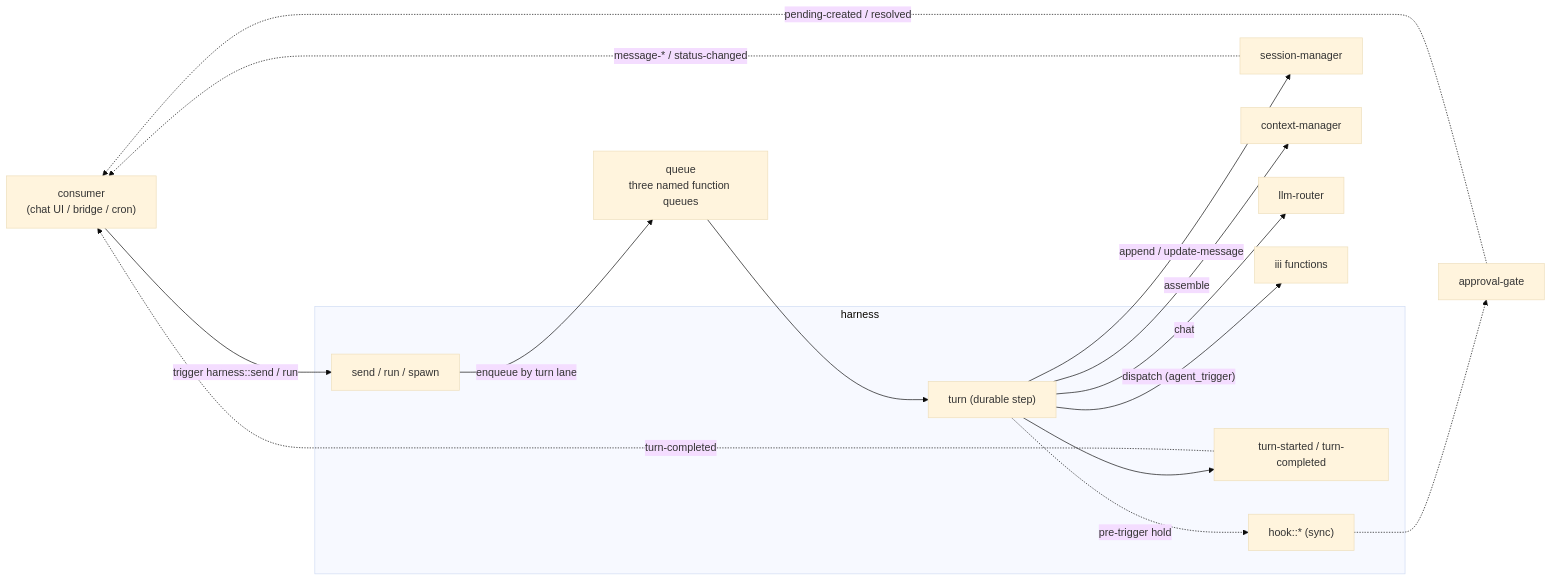
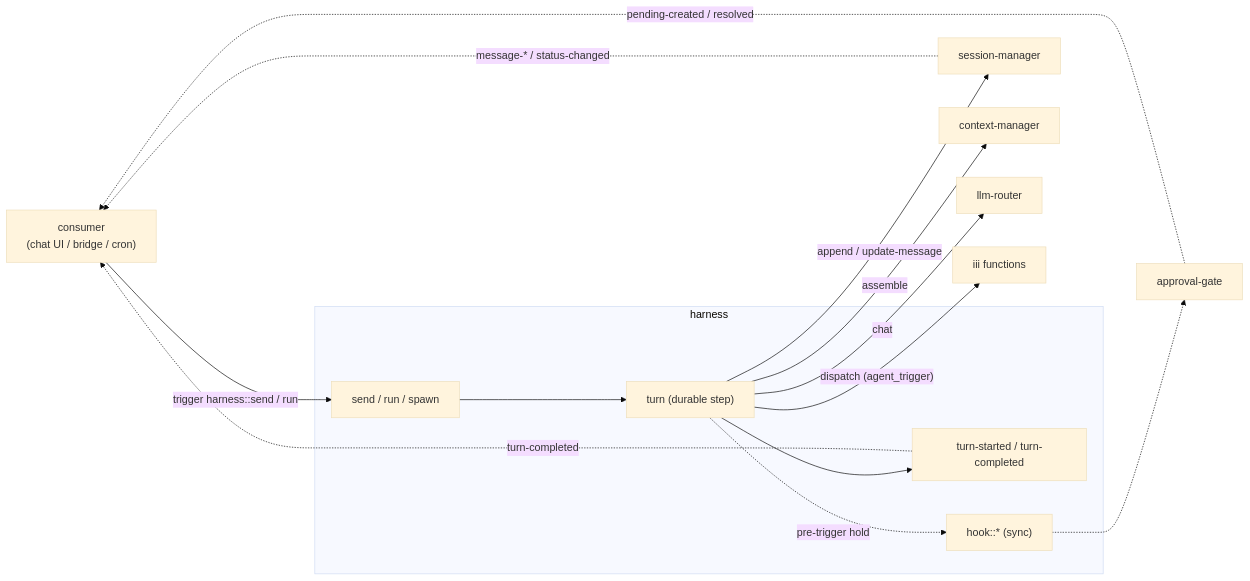
One commit to iii-hq/workers changed the diagram in harness/architecture/README.md. Above: the diagram before and after it, drawn with Mermaid (base theme). The commit also changed other lines of this file and 50 other files, not shown here.

Commit message:
(MOT-3944) feat(harness,queue): provision harness turn queue

````diff
--- a/harness/architecture/README.md
+++ b/harness/architecture/README.md
@@ -43,30 +39,28 @@
 ```mermaid
 flowchart LR
   consumer["consumer<br/>(chat UI / bridge / cron)"]
   subgraph harness [harness]
     entry["send / run / spawn"]
     loopStep["turn (durable step)"]
     events["turn-started / turn-completed"]
     hooks["hook::* (sync)"]
   end
   session["session-manager"]
   ctx["context-manager"]
   router["llm-router"]
-  queue["queue<br/>three named function queues"]
   gate["approval-gate"]
   fns["iii functions"]
 
   consumer -->|"trigger harness::send / run"| entry
-  entry -->|"enqueue by turn lane"| queue
-  queue --> loopStep
+  entry --> loopStep
   loopStep -->|"append / update-message"| session
   loopStep -->|"assemble"| ctx
   loopStep -->|"chat"| router
   loopStep -->|"dispatch (agent_trigger)"| fns
   loopStep --> events
   loopStep -.->|"pre-trigger hold"| hooks
   hooks -.-> gate
   session -.->|"message-* / status-changed"| consumer
   events -.->|"turn-completed"| consumer
   gate -.->|"pending-created / resolved"| consumer
 ```
````
